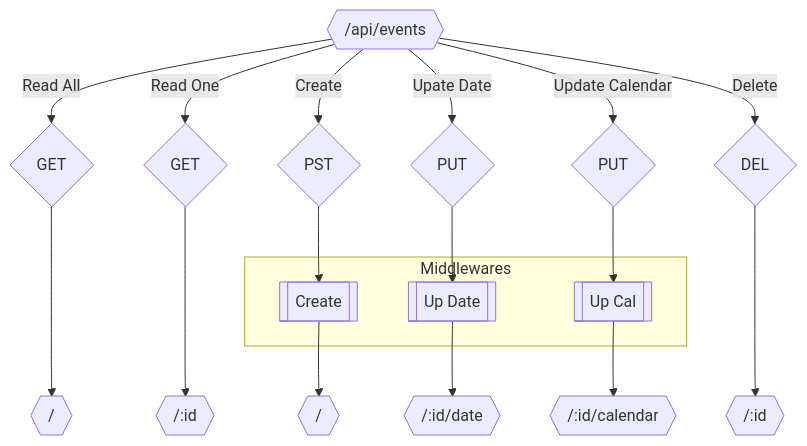
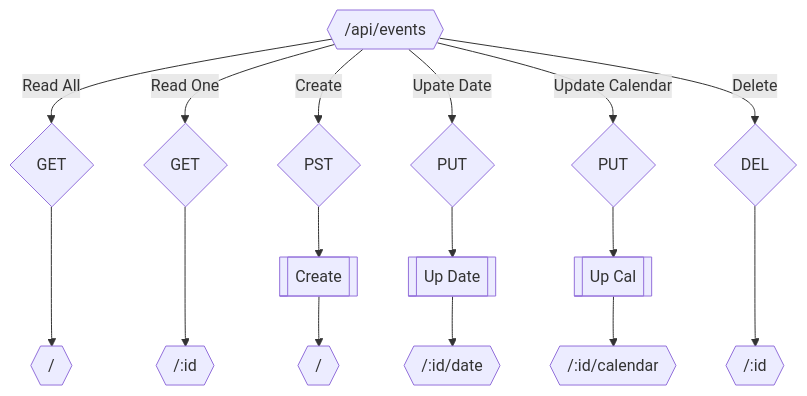
One commit to helix-medical/helix changed the second of 7 diagrams in docs/api/api.md. Above: the diagram before and after it, drawn with Mermaid. The commit also changed other lines of this file, not shown here.

Commit message:
Update schemas

````diff
--- a/docs/api/api.md
+++ b/docs/api/api.md
@@ -7,14 +66,9 @@
 ```mermaid
 flowchart TB
- subgraph Middlewares
-  MWCEVT[[Create]]
-  MWUCEVT[[Up Cal]]
-  MWUDEVT[[Up Date]]
- end
  EVNT{{/api/events}} -- Read All --> MRAEVT{GET} ---> EVNT_READALL{{/}}
  EVNT -- Read One --> MROEVT{GET} ---> EVNT_READONE{{/:id}}
- EVNT -- Create --> MCEVT{PST} --> MWCEVT --> EVNT_CREATE{{/}}
- EVNT -- Upate Date --> MUDEVT{PUT} --> MWUDEVT --> EVNT_UPDATE{{/:id/date}}
- EVNT -- Update Calendar --> MUCEVT{PUT} --> MWUCEVT --> EVNT_UPCAL{{/:id/calendar}}
+ EVNT -- Create --> MCEVT{PST} --> MWCEVT[[Create]] --> EVNT_CREATE{{/}}
+ EVNT -- Upate Date --> MUDEVT{PUT} --> MWUDEVT[[Up Date]] --> EVNT_UPDATE{{/:id/date}}
+ EVNT -- Update Calendar --> MUCEVT{PUT} --> MWUCEVT[[Up Cal]] --> EVNT_UPCAL{{/:id/calendar}}
  EVNT -- Delete --> MDEVT{DEL} ---> EVNT_DEL{{/:id}}
 ```
````
